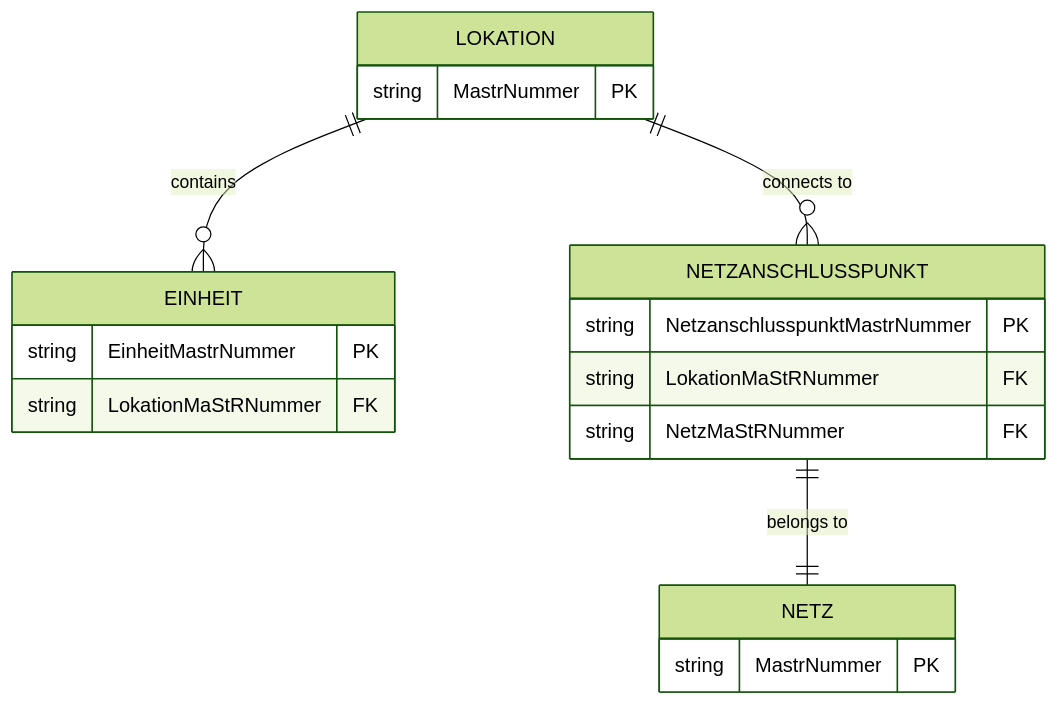
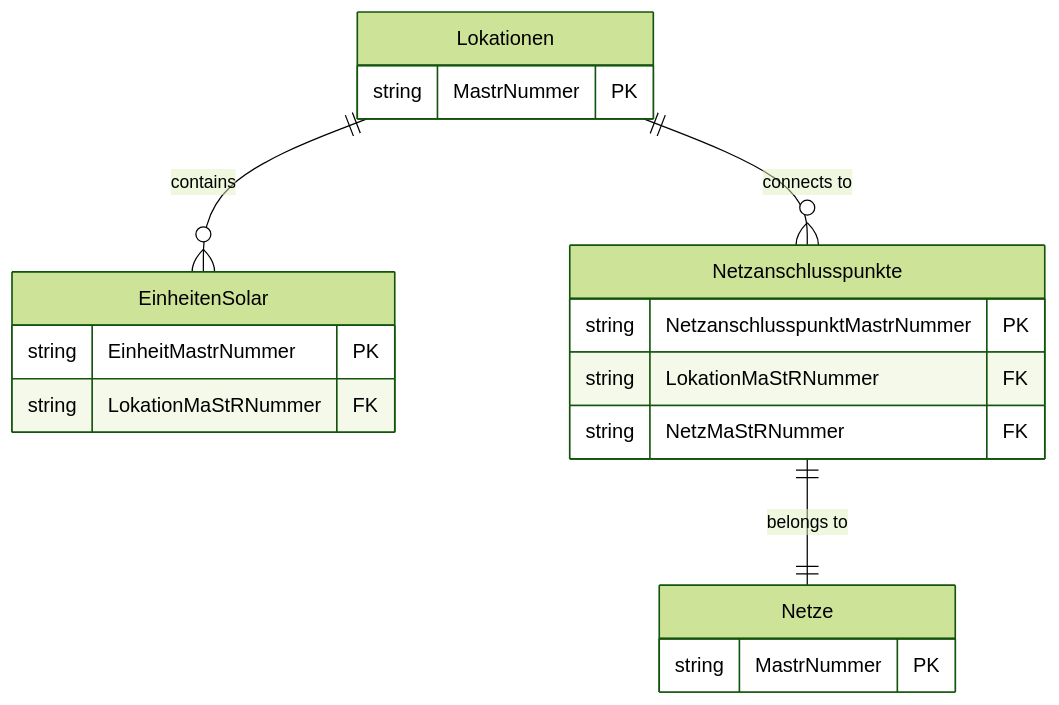
Before and after one commit to zavalit/mastRpiece: the second of 5 diagrams in docs/data-relationships.md, drawn with Mermaid (forest theme). The commit also changed other lines of this file, not shown here.

````diff
--- a/docs/data-relationships.md
+++ b/docs/data-relationships.md
@@ -47,22 +51,22 @@
 ```mermaid
 erDiagram
-    LOKATION ||--o{ EINHEIT : "contains"
-    LOKATION ||--o{ NETZANSCHLUSSPUNKT : "connects to"
-    NETZANSCHLUSSPUNKT ||--|| NETZ : "belongs to"
+    Lokationen ||--o{ EinheitenSolar : "contains"
+    Lokationen ||--o{ Netzanschlusspunkte : "connects to"
+    Netzanschlusspunkte ||--|| Netze : "belongs to"
 
-    LOKATION {
+    Lokationen {
         string MastrNummer PK
     }
-    EINHEIT {
+    EinheitenSolar {
         string EinheitMastrNummer PK
         string LokationMaStRNummer FK
     }
-    NETZANSCHLUSSPUNKT {
+    Netzanschlusspunkte {
         string NetzanschlusspunktMastrNummer PK
         string LokationMaStRNummer FK
         string NetzMaStRNummer FK
     }
-    NETZ {
+    Netze {
         string MastrNummer PK
     }
 ```
````
